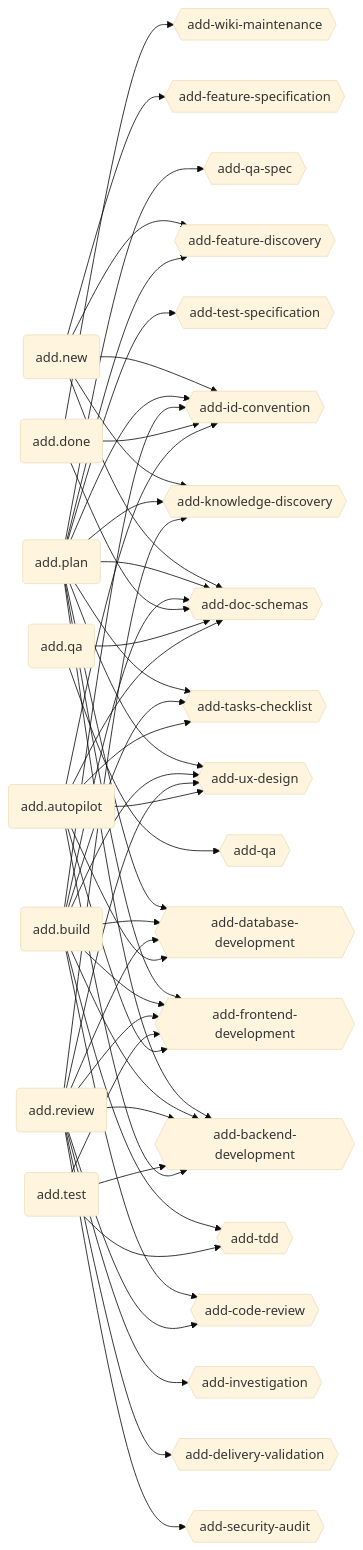
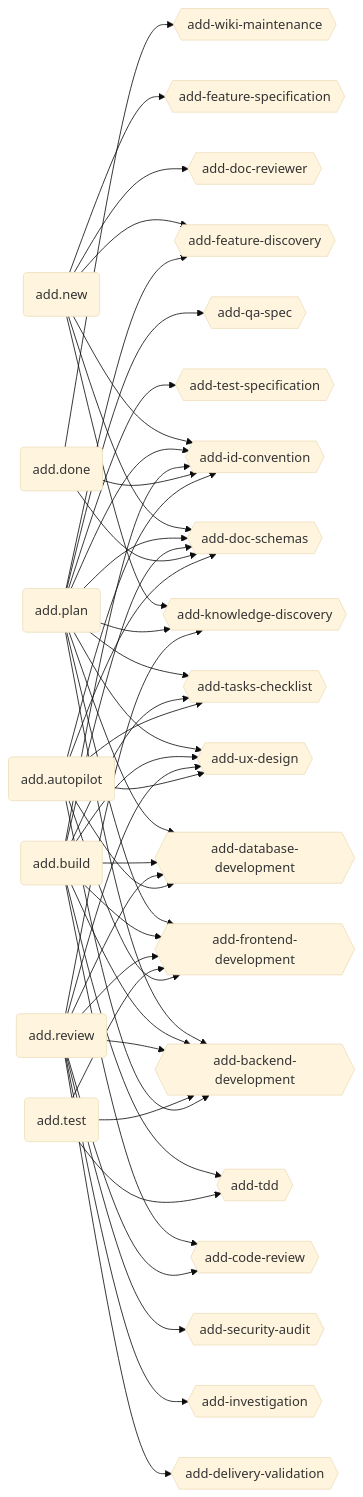
One commit to brabos-ai/code-addiction changed the first of 3 diagrams in ecosystem.md. Above: the diagram before and after it, drawn with Mermaid (base theme). The commit also changed other lines of this file and 2 other files, not shown here.

````diff
--- a/ecosystem.md
+++ b/ecosystem.md
@@ -17,40 +8,38 @@
 ```mermaid
 graph LR
   NEW(add.new)
   PLAN(add.plan)
   BUILD(add.build)
   REVIEW(add.review)
   DONE(add.done)
   TEST(add.test)
-  QA(add.qa)
   AUTO(add.autopilot)
 
+  ADOC{{add-doc-reviewer}}
+  BE{{add-backend-development}}
+  CR{{add-code-review}}
+  DB{{add-database-development}}
   DS{{add-doc-schemas}}
+  DV{{add-delivery-validation}}
+  FD{{add-feature-discovery}}
+  FE{{add-frontend-development}}
+  FS{{add-feature-specification}}
   ID{{add-id-convention}}
-  TC{{add-tasks-checklist}}
-  BE{{add-backend-development}}
-  FE{{add-frontend-development}}
-  DB{{add-database-development}}
-  UX{{add-ux-design}}
-  CR{{add-code-review}}
-  SA{{add-security-audit}}
-  DV{{add-delivery-validation}}
   IV{{add-investigation}}
   KD{{add-knowledge-discovery}}
-  FD{{add-feature-discovery}}
-  FS{{add-feature-specification}}
-  WM{{add-wiki-maintenance}}
+  QSPEC{{add-qa-spec}}
+  SA{{add-security-audit}}
+  TC{{add-tasks-checklist}}
   TDD{{add-tdd}}
   TSPEC{{add-test-specification}}
-  QSPEC{{add-qa-spec}}
-  QSK{{add-qa}}
+  UX{{add-ux-design}}
+  WM{{add-wiki-maintenance}}
 
-  NEW --> DS & ID & FD & FS & KD
-  PLAN --> DS & ID & TC & BE & FE & DB & UX & FD & KD & TSPEC & QSPEC
-  BUILD --> DS & ID & TC & BE & FE & DB & UX & CR & TDD
-  REVIEW --> CR & BE & FE & DB & UX & SA & DV & IV & KD
+  NEW --> DS & ID & ADOC & KD & FD & FS
+  PLAN --> DS & ID & KD & TC & BE & DB & FE & FD & UX & TSPEC & QSPEC
+  BUILD --> DS & ID & TC & BE & CR & DB & FE & UX & TDD
+  REVIEW --> BE & CR & DB & DV & FE & IV & KD & SA & UX
   DONE --> DS & ID & WM
   TEST --> BE & FE & TDD
-  QA --> QSK & DS
-  AUTO --> DS & ID & TC & BE & FE & DB & UX
+  AUTO --> DS & ID & TC & BE & DB & FE & UX
 ```
````
